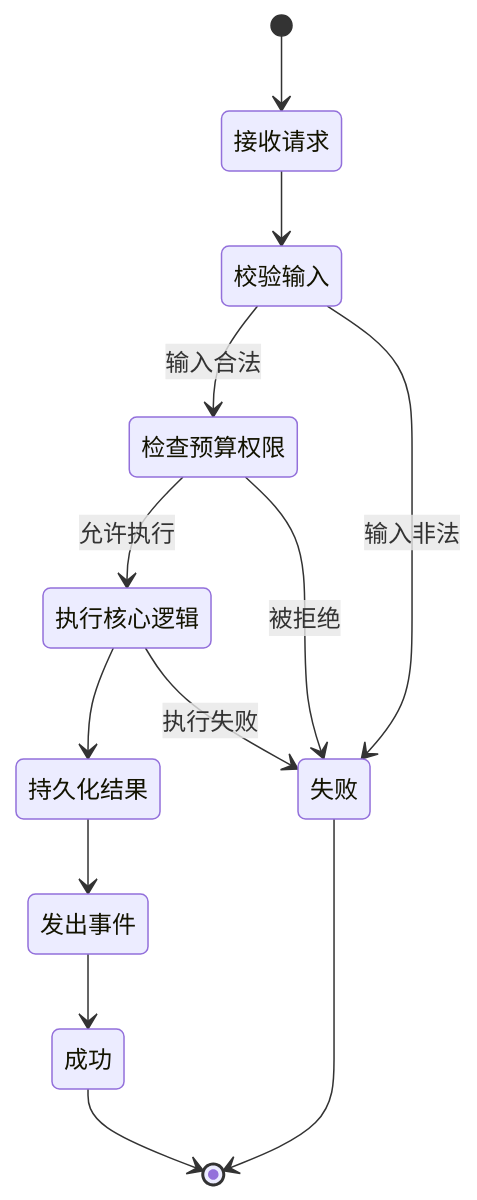
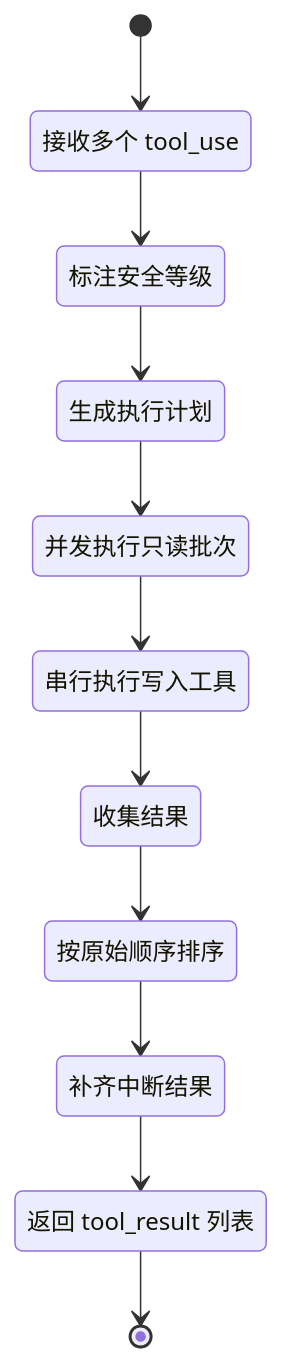
The diagram in docs/detailed-design/07-tool-execution-orchestration.md (520skyincloud/agent-framework), drawn with Mermaid before and after one commit. The commit also changed other lines of this file and 17 other files, not shown here.

```diff
--- a/docs/detailed-design/07-tool-execution-orchestration.md
+++ b/docs/detailed-design/07-tool-execution-orchestration.md
@@ -27,24 +24,22 @@
 ~~~mermaid
 stateDiagram-v2
-  state "接收请求" as Receive
-  state "校验输入" as Validate
-  state "检查预算权限" as Guard
-  state "执行核心逻辑" as Execute
-  state "持久化结果" as Persist
-  state "发出事件" as Emit
-  state "成功" as Success
-  state "失败" as Failure
-
-  [*] --> Receive
-  Receive --> Validate
-  Validate --> Guard: 输入合法
-  Validate --> Failure: 输入非法
-  Guard --> Execute: 允许执行
-  Guard --> Failure: 被拒绝
-  Execute --> Persist
-  Execute --> Failure: 执行失败
-  Persist --> Emit
-  Emit --> Success
-  Success --> [*]
-  Failure --> [*]
+  state "接收多个 tool_use" as S0
+  state "标注安全等级" as S1
+  state "生成执行计划" as S2
+  state "并发执行只读批次" as S3
+  state "串行执行写入工具" as S4
+  state "收集结果" as S5
+  state "按原始顺序排序" as S6
+  state "补齐中断结果" as S7
+  state "返回 tool_result 列表" as S8
+  [*] --> S0
+  S0 --> S1
+  S1 --> S2
+  S2 --> S3
+  S3 --> S4
+  S4 --> S5
+  S5 --> S6
+  S6 --> S7
+  S7 --> S8
+  S8 --> [*]
 ~~~
```
